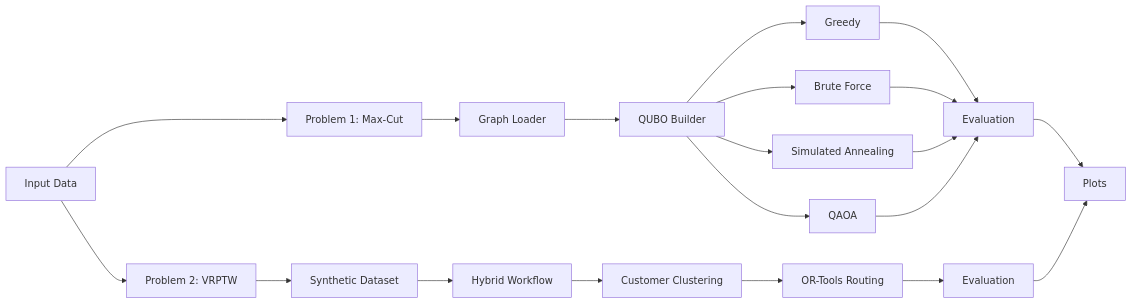
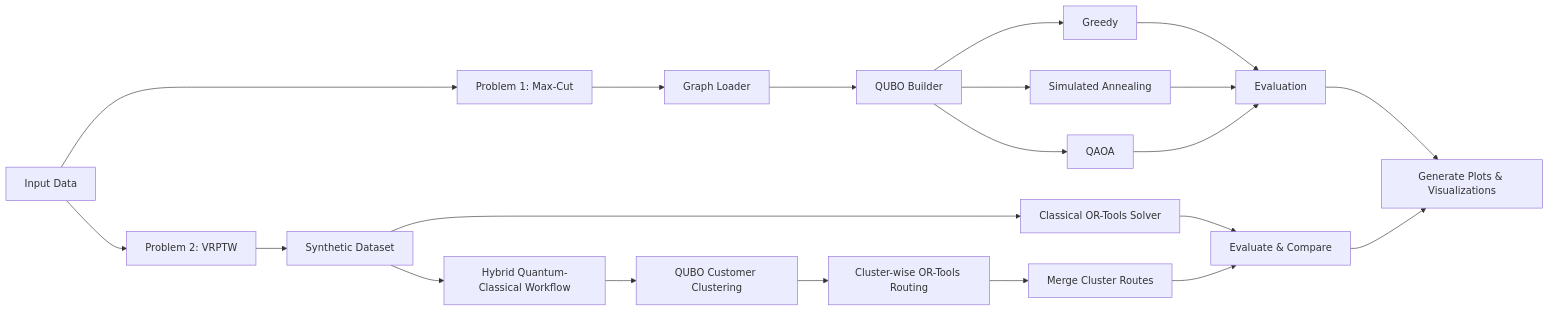
Before and after one commit to Prashik123/Qaig_optimization_screening: the first of 3 diagrams in README.md, drawn with Mermaid.

````diff
--- a/README.md
+++ b/README.md
@@ -60,32 +60,40 @@
 ```mermaid
 flowchart LR
 
 A[Input Data]
 
 A --> B1[Problem 1: Max-Cut]
 A --> B2[Problem 2: VRPTW]
 
+
+
 B1 --> C1[Graph Loader]
 C1 --> D1[QUBO Builder]
 
 D1 --> E1[Greedy]
-D1 --> E2[Brute Force]
 D1 --> E3[Simulated Annealing]
 D1 --> E4[QAOA]
 
 E1 --> F1[Evaluation]
-E2 --> F1
 E3 --> F1
 E4 --> F1
 
+
+
 B2 --> C2[Synthetic Dataset]
-C2 --> D2[Hybrid Workflow]
 
-D2 --> E5[Customer Clustering]
-E5 --> E6[OR-Tools Routing]
+C2 --> D2[Classical OR-Tools Solver]
+C2 --> D3[Hybrid Quantum-Classical Workflow]
 
-E6 --> F2[Evaluation]
+D3 --> E5[QUBO Customer Clustering]
+E5 --> E6[Cluster-wise OR-Tools Routing]
+E6 --> E7[Merge Cluster Routes]
 
-F1 --> G[Plots]
+D2 --> F2[Evaluate & Compare]
+E7 --> F2
+
+
+
+F1 --> G[Generate Plots & Visualizations]
 F2 --> G
 ```
````
